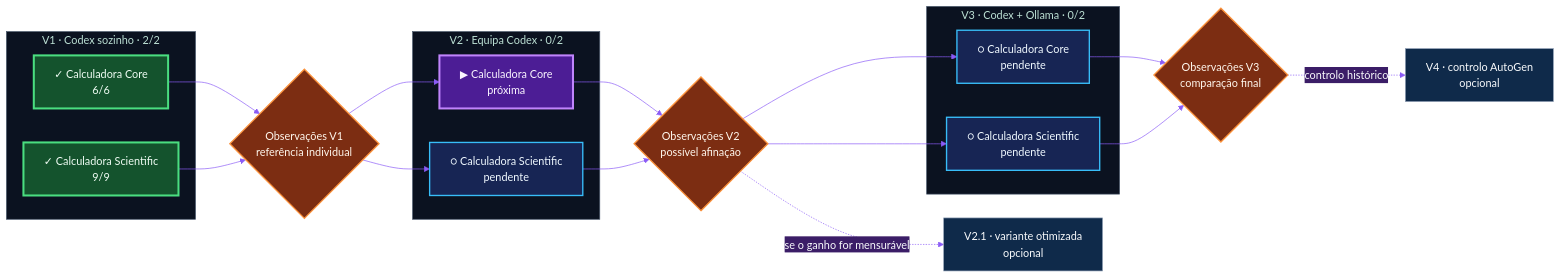
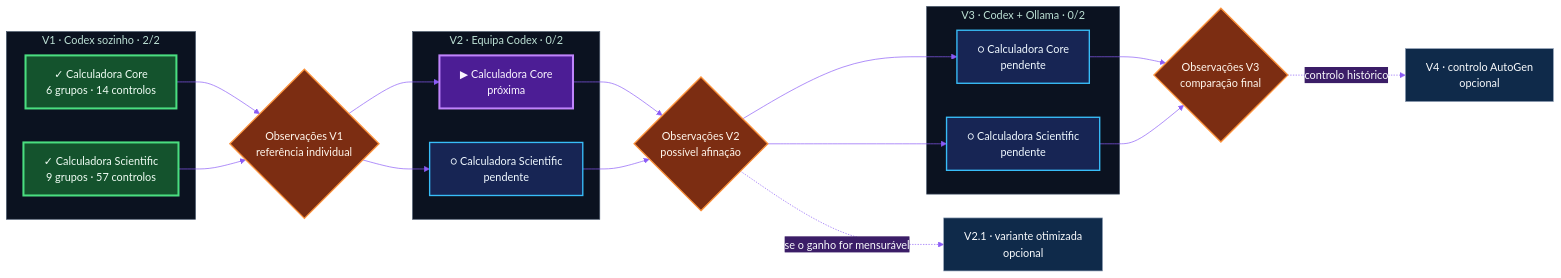
The diagram in README.pt.md (ERICRAC/AgentBench-2026), drawn with Mermaid before and after one commit. The commit also changed other lines of this file and 15 other files, not shown here.

````diff
--- a/README.pt.md
+++ b/README.pt.md
@@ -38,44 +38,44 @@
 ```mermaid
 %%{init: {"theme": "base", "themeVariables": {
   "primaryColor": "#0f2a4a", "primaryTextColor": "#f8fafc",
   "primaryBorderColor": "#22d3ee", "secondaryColor": "#3b1d67",
   "tertiaryColor": "#431f2b", "fontFamily": "system-ui",
   "lineColor": "#8b5cf6", "clusterBkg": "#0b1220",
   "clusterBorder": "#475569"
 }}}%%
 flowchart LR
     subgraph V1["V1 · Codex sozinho · 2/2"]
-      V1C["✓ Calculadora Core<br/>6/6"]
-      V1S["✓ Calculadora Scientific<br/>9/9"]
+      V1C["✓ Calculadora Core<br/>6 grupos · 14 controlos"]
+      V1S["✓ Calculadora Scientific<br/>9 grupos · 57 controlos"]
     end
     G1{"Observações V1<br/>referência individual"}
     subgraph V2["V2 · Equipa Codex · 0/2"]
       V2C["▶ Calculadora Core<br/>próxima"]
       V2S["○ Calculadora Scientific<br/>pendente"]
     end
     G2{"Observações V2<br/>possível afinação"}
     V21["V2.1 · variante otimizada<br/>opcional"]
     subgraph V3["V3 · Codex + Ollama · 0/2"]
       V3C["○ Calculadora Core<br/>pendente"]
       V3S["○ Calculadora Scientific<br/>pendente"]
     end
     G3{"Observações V3<br/>comparação final"}
     V4["V4 · controlo AutoGen<br/>opcional"]
     V1C & V1S --> G1
     G1 --> V2C & V2S
     V2C & V2S --> G2
     G2 -. "se o ganho for mensurável" .-> V21
     G2 --> V3C & V3S
     V3C & V3S --> G3
     G3 -. "controlo histórico" .-> V4
     classDef done fill:#14532d,stroke:#4ade80,color:#f0fdf4,stroke-width:3px;
     classDef next fill:#4c1d95,stroke:#c084fc,color:#faf5ff,stroke-width:3px;
     classDef todo fill:#172554,stroke:#38bdf8,color:#f0f9ff,stroke-width:2px;
     classDef gate fill:#7c2d12,stroke:#fb923c,color:#fff7ed,stroke-width:2px;
     classDef optional fill:#0f2a4a,stroke:#94a3b8,color:#f8fafc;
     class V1C,V1S done;
     class V2C next;
     class V2S,V3C,V3S todo;
     class G1,G2,G3 gate;
     class V21,V4 optional;
 ```
````
